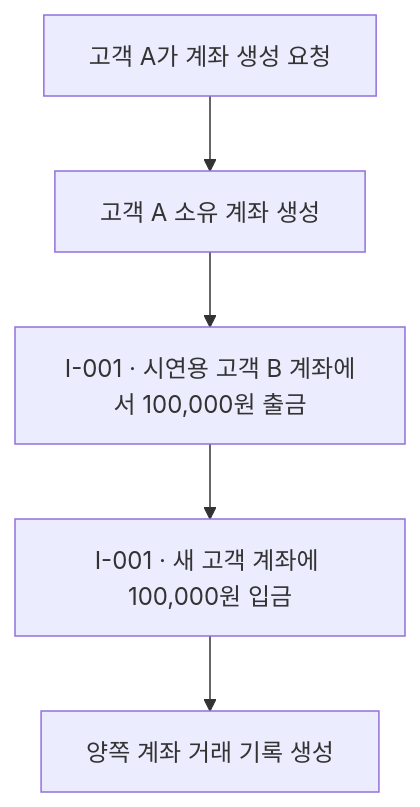
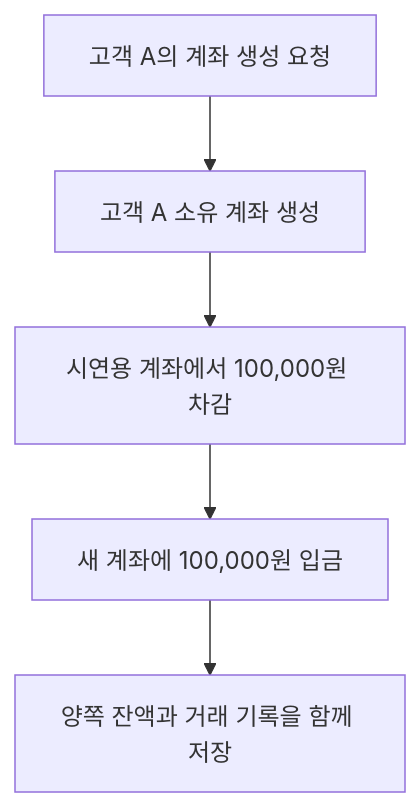
One commit to 2jun0/financial-system-backend changed the diagram in docs/scenarios/S-002_계좌_생성과_은행_내부_자금_이체.md. Above: the diagram before and after it, drawn with Mermaid. The commit also changed other lines of this file and 33 other files, not shown here.

````diff
--- a/docs/scenarios/S-002_계좌_생성과_은행_내부_자금_이체.md
+++ b/docs/scenarios/S-002_계좌_생성과_은행_내부_자금_이체.md
@@ -26,7 +25,7 @@
 ```mermaid
 flowchart TD
-    A["고객 A가 계좌 생성 요청"] --> B["고객 A 소유 계좌 생성"]
-    B --> C["I-001 · 시연용 고객 B 계좌에서 100,000원 출금"]
-    C --> D["I-001 · 새 고객 계좌에 100,000원 입금"]
-    D --> E["양쪽 계좌 거래 기록 생성"]
+    A[고객 A의 계좌 생성 요청] --> B[고객 A 소유 계좌 생성]
+    B --> C[시연용 계좌에서 100,000원 차감]
+    C --> D[새 계좌에 100,000원 입금]
+    D --> E[양쪽 잔액과 거래 기록을 함께 저장]
 ```
````
